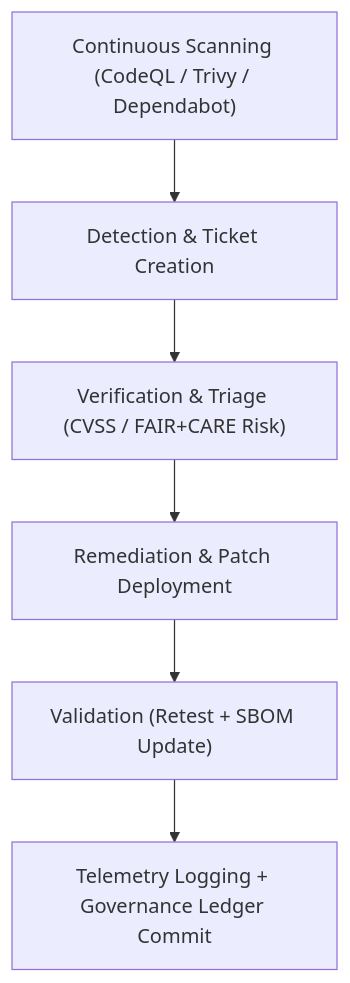
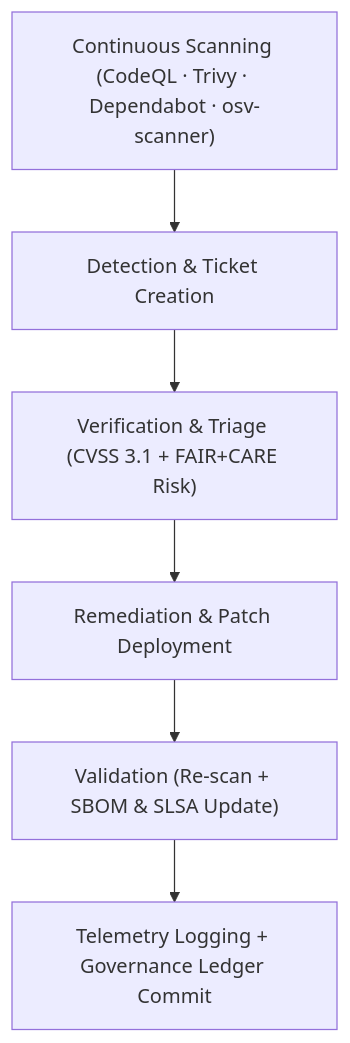
One commit to bartytime4life/Kansas-Frontier-Matrix changed the diagram in docs/security/vulnerability-management.md. Above: the diagram before and after it, drawn with Mermaid. The commit also changed other lines of this file, not shown here.

````diff
--- a/docs/security/vulnerability-management.md
+++ b/docs/security/vulnerability-management.md
@@ -60,8 +73,8 @@
 ```mermaid
 flowchart TD
-  A["Continuous Scanning (CodeQL / Trivy / Dependabot)"] --> B["Detection & Ticket Creation"]
-  B --> C["Verification & Triage (CVSS / FAIR+CARE Risk)"]
+  A["Continuous Scanning (CodeQL · Trivy · Dependabot · osv-scanner)"] --> B["Detection & Ticket Creation"]
+  B --> C["Verification & Triage (CVSS 3.1 + FAIR+CARE Risk)"]
   C --> D["Remediation & Patch Deployment"]
-  D --> E["Validation (Retest + SBOM Update)"]
+  D --> E["Validation (Re-scan + SBOM & SLSA Update)"]
   E --> F["Telemetry Logging + Governance Ledger Commit"]
 ```
````
